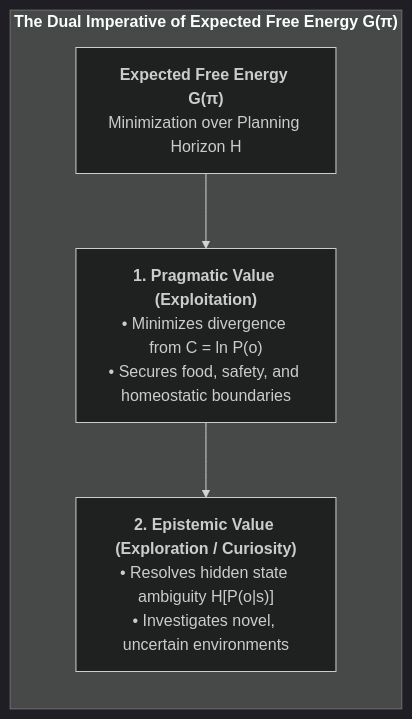
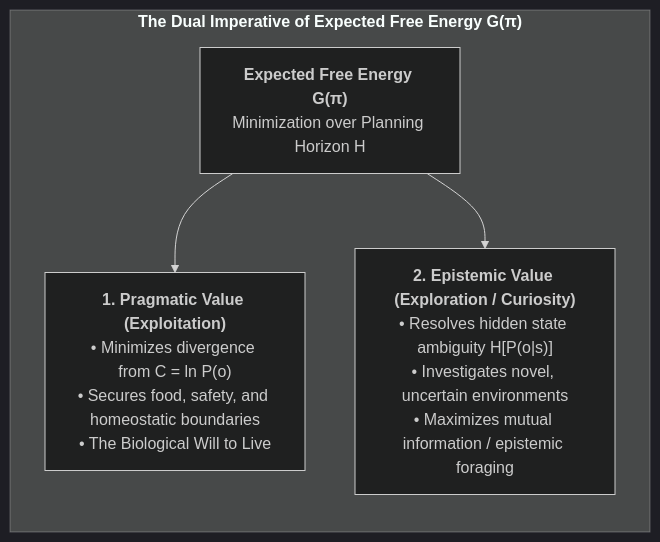
One commit to Thriebl/active-inference-phi-network changed diagram 13 of 50 in book/build/CIF_Monograph_EN.md. Above: the diagram before and after it, drawn with Mermaid (dark theme). The commit also changed other lines of this file and 8 other files, not shown here.

````diff
--- a/book/build/CIF_Monograph_EN.md
+++ b/book/build/CIF_Monograph_EN.md
@@ -583,14 +574,15 @@
 ```mermaid
 flowchart TD
     subgraph EFE_BALANCE["<b>The Dual Imperative of Expected Free Energy G(π)</b>"]
         direction TB
         
         G_TOTAL["<b>Expected Free Energy G(π)</b><br>Minimization over Planning Horizon H"]
         
-        PRAGMATIC["<b>1. Pragmatic Value (Exploitation)</b><br>• Minimizes divergence from C = ln P(o)<br>• Secures food, safety, and homeostatic boundaries"]
+        PRAGMATIC["<b>1. Pragmatic Value (Exploitation)</b><br>• Minimizes divergence from C = ln P(o)<br>• Secures food, safety, and homeostatic boundaries<br>• The Biological Will to Live"]
         
-        EPISTEMIC["<b>2. Epistemic Value (Exploration / Curiosity)</b><br>• Resolves hidden state ambiguity H[P(o|s)]<br>• Investigates novel, uncertain environments"]
+        EPISTEMIC["<b>2. Epistemic Value (Exploration / Curiosity)</b><br>• Resolves hidden state ambiguity H[P(o|s)]<br>• Investigates novel, uncertain environments<br>• Maximizes mutual information / epistemic foraging"]
         
-        G_TOTAL --> PRAGMATIC --> EPISTEMIC
+        G_TOTAL --> PRAGMATIC
+        G_TOTAL --> EPISTEMIC
     end
 ```
````
